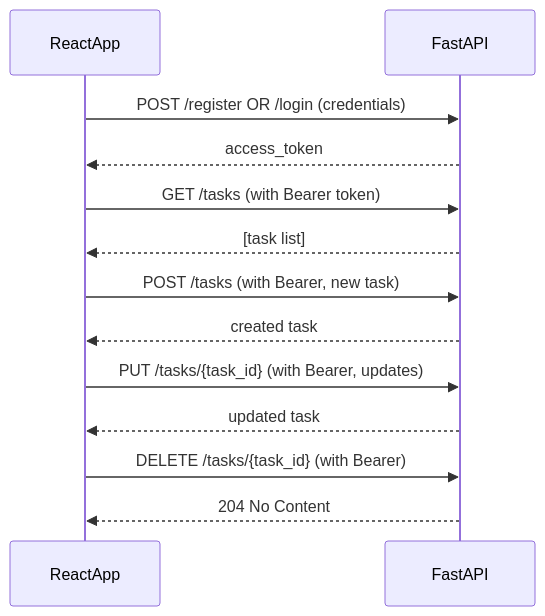
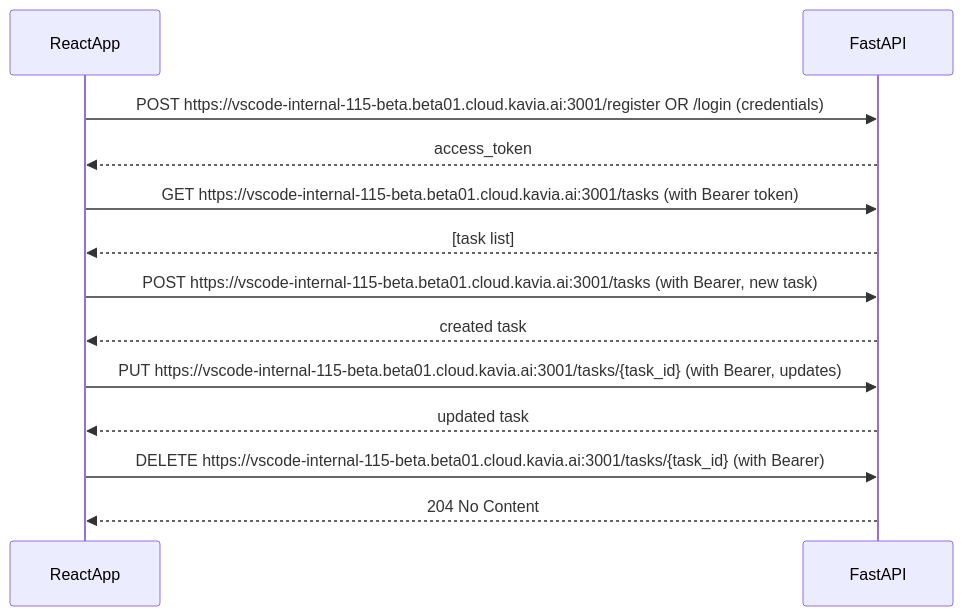
One commit to Workflow-Manager-admin/tasktrackr-94698-4b0e7728 changed the diagram in kavia-docs/frontend_integration_guide.md. Above: the diagram before and after it, drawn with Mermaid. The commit also changed other lines of this file and 1 other file, not shown here.

````diff
--- a/kavia-docs/frontend_integration_guide.md
+++ b/kavia-docs/frontend_integration_guide.md
@@ -237,15 +241,15 @@
 ```mermaid
 sequenceDiagram
     participant ReactApp
     participant FastAPI
-    ReactApp->>FastAPI: POST /register OR /login (credentials)
+    ReactApp->>FastAPI: POST https://vscode-internal-115-beta.beta01.cloud.kavia.ai:3001/register OR /login (credentials)
     FastAPI-->>ReactApp: access_token
-    ReactApp->>FastAPI: GET /tasks (with Bearer token)
+    ReactApp->>FastAPI: GET https://vscode-internal-115-beta.beta01.cloud.kavia.ai:3001/tasks (with Bearer token)
     FastAPI-->>ReactApp: [task list]
-    ReactApp->>FastAPI: POST /tasks (with Bearer, new task)
+    ReactApp->>FastAPI: POST https://vscode-internal-115-beta.beta01.cloud.kavia.ai:3001/tasks (with Bearer, new task)
     FastAPI-->>ReactApp: created task
-    ReactApp->>FastAPI: PUT /tasks/{task_id} (with Bearer, updates)
+    ReactApp->>FastAPI: PUT https://vscode-internal-115-beta.beta01.cloud.kavia.ai:3001/tasks/{task_id} (with Bearer, updates)
     FastAPI-->>ReactApp: updated task
-    ReactApp->>FastAPI: DELETE /tasks/{task_id} (with Bearer)
+    ReactApp->>FastAPI: DELETE https://vscode-internal-115-beta.beta01.cloud.kavia.ai:3001/tasks/{task_id} (with Bearer)
     FastAPI-->>ReactApp: 204 No Content
 ```
````
